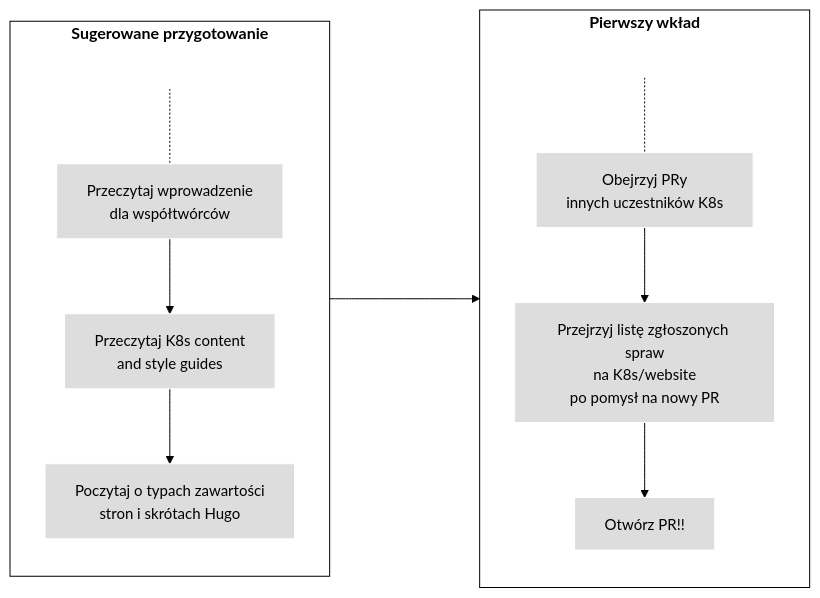
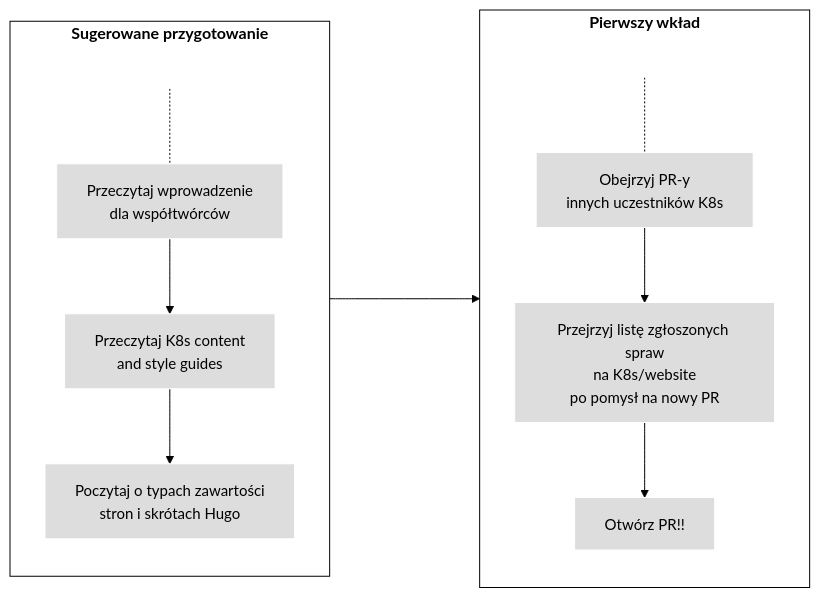
Before and after one commit to KimSJ15/kubernetes_website: the second of 2 diagrams in content/pl/docs/contribute/_index.md, drawn with Mermaid (forest theme). The commit also changed other lines of this file and 1 other file, not shown here.

```diff
--- a/content/pl/docs/contribute/_index.md
+++ b/content/pl/docs/contribute/_index.md
@@ -108,24 +115,24 @@
 {{< mermaid >}}
 flowchart LR
     subgraph second[Pierwszy wkład]
     direction TB
     S[ ] -.-
-    G[Obejrzyj PRy<br>innych uczestników K8s] -->
+    G[Obejrzyj PR-y<br>innych uczestników K8s] -->
     A[Przejrzyj listę zgłoszonych spraw<br>na K8s/website<br>po pomysł na nowy PR] --> B[Otwórz PR!!]
     end
     subgraph first[Sugerowane przygotowanie]
     direction TB
        T[ ] -.-
        D[Przeczytaj wprowadzenie<br>dla współtwórców] -->E[Przeczytaj K8s content<br>and style guides]
        E --> F[Poczytaj o typach zawartości<br>stron i skrótach Hugo]
     end
 
     first ----> second
 
 classDef grey fill:#dddddd,stroke:#ffffff,stroke-width:px,color:#000000, font-size:15px;
 classDef white fill:#ffffff,stroke:#000,stroke-width:px,color:#000,font-weight:bold
 classDef spacewhite fill:#ffffff,stroke:#fff,stroke-width:0px,color:#000
 class A,B,D,E,F,G grey
 class S,T spacewhite
 class first,second white
 {{</ mermaid >}}
```
